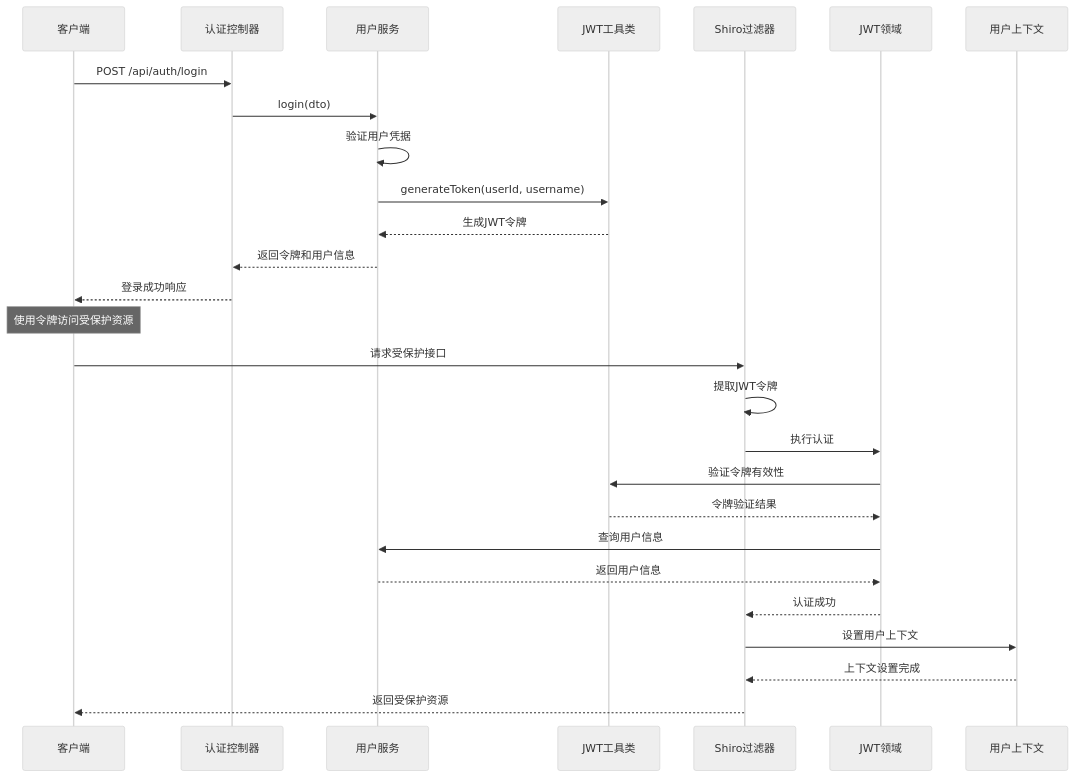
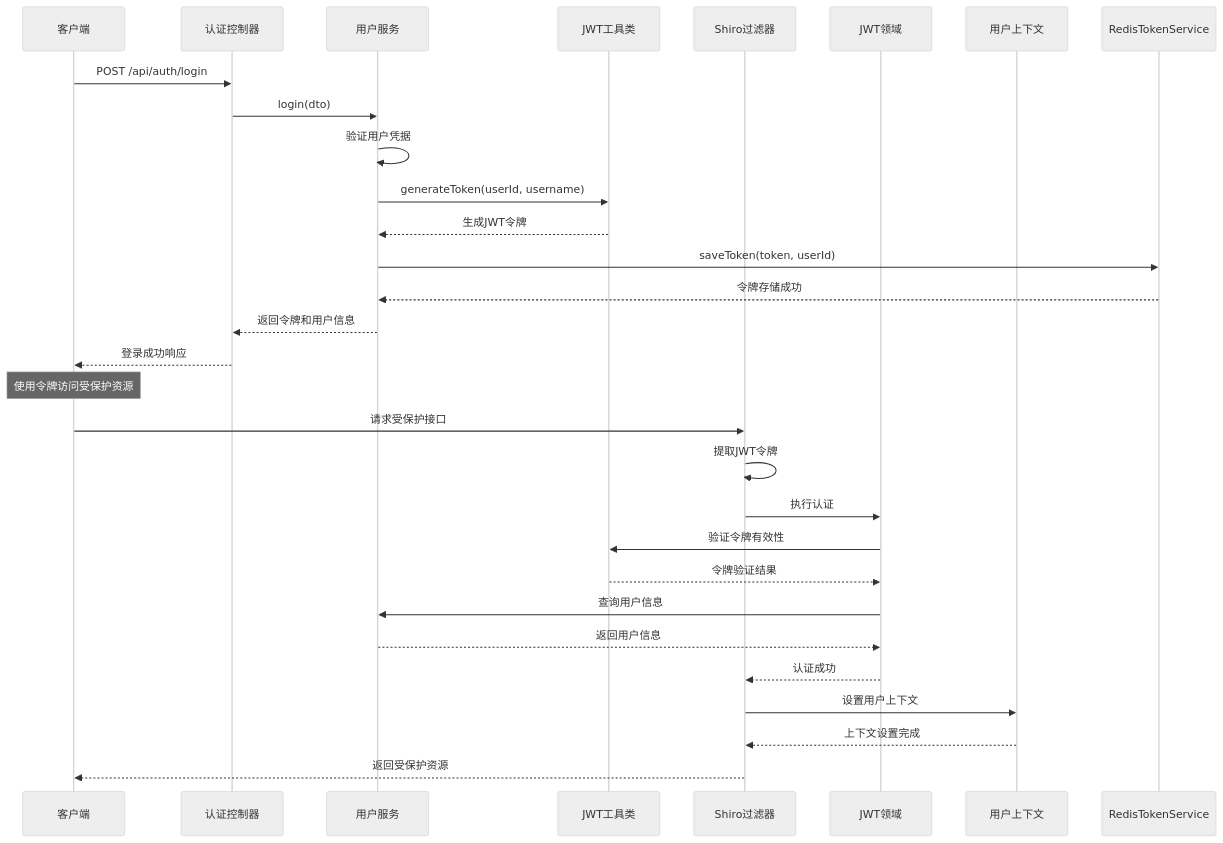
Before and after one commit to 20164206160/zhishilu: the third of 8 diagrams in .qoder/repowiki/zh/content/安全认证系统/安全认证系统.md, drawn with Mermaid (neutral theme). The commit also changed other lines of this file and 16 other files, not shown here.

````diff
--- a/.qoder/repowiki/zh/content/安全认证系统/安全认证系统.md
+++ b/.qoder/repowiki/zh/content/安全认证系统/安全认证系统.md
@@ -277,29 +309,31 @@
 ```mermaid
 sequenceDiagram
 participant Client as 客户端
 participant AuthController as 认证控制器
 participant UserService as 用户服务
 participant JwtUtil as JWT工具类
 participant ShiroFilter as Shiro过滤器
 participant JwtRealm as JWT领域
 participant UserContext as 用户上下文
 Client->>AuthController : POST /api/auth/login
 AuthController->>UserService : login(dto)
 UserService->>UserService : 验证用户凭据
 UserService->>JwtUtil : generateToken(userId, username)
 JwtUtil-->>UserService : 生成JWT令牌
+UserService->>RedisTokenService : saveToken(token, userId)
+RedisTokenService-->>UserService : 令牌存储成功
 UserService-->>AuthController : 返回令牌和用户信息
 AuthController-->>Client : 登录成功响应
 Note over Client : 使用令牌访问受保护资源
 Client->>ShiroFilter : 请求受保护接口
 ShiroFilter->>ShiroFilter : 提取JWT令牌
 ShiroFilter->>JwtRealm : 执行认证
 JwtRealm->>JwtUtil : 验证令牌有效性
 JwtUtil-->>JwtRealm : 令牌验证结果
 JwtRealm->>UserService : 查询用户信息
 UserService-->>JwtRealm : 返回用户信息
 JwtRealm-->>ShiroFilter : 认证成功
 ShiroFilter->>UserContext : 设置用户上下文
 UserContext-->>ShiroFilter : 上下文设置完成
 ShiroFilter-->>Client : 返回受保护资源
 ```
````
